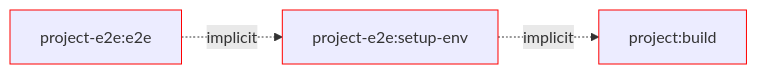
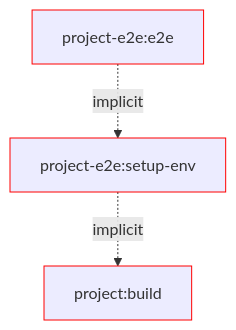
Before and after one commit to push-based/nx-verdaccio: the fourth of 6 diagrams in README.md, drawn with Mermaid. The commit also changed other lines of this file, not shown here.

Commit message:
fix(build-env): diagram direction

````diff
--- a/README.md
+++ b/README.md
@@ -113,8 +114,8 @@
 ```mermaid
-flowchart LR
+flowchart TB
 P[project-e2e:e2e]:::e2e-.implicit.->S[project-e2e:setup-env]:::build;
 S-.implicit.->E[project:build]:::build;
 classDef e2e stroke:#f00
 classDef setup-env stroke:#f00
 classDef build stroke:#f00
 ```
````
